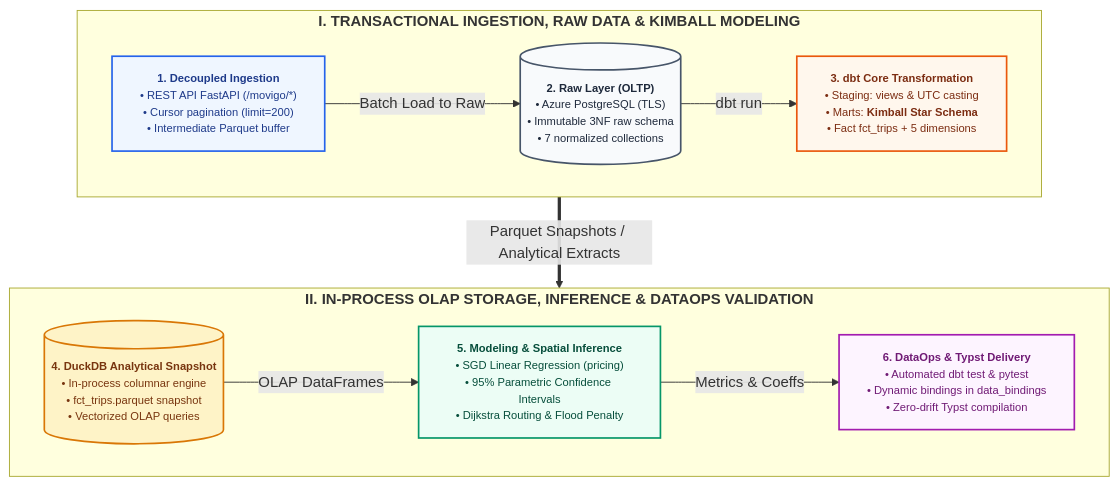
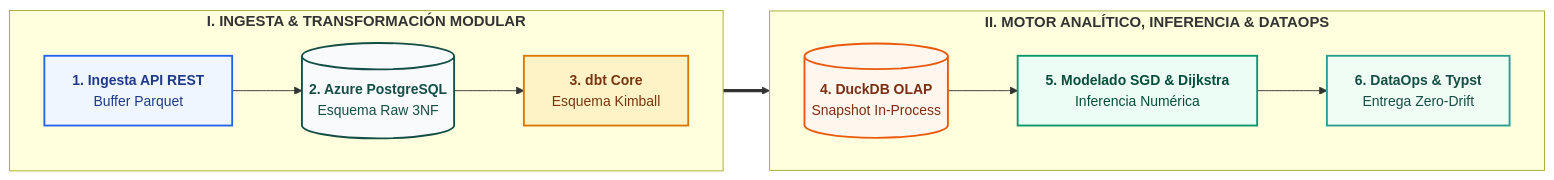
The diagram in typst/diagrams/pipeline_architecture.mmd (vect-maker/movigo-analytics), drawn with Mermaid before and after one commit. The commit also changed 34 other files, not shown here.

```diff
--- a/typst/diagrams/pipeline_architecture.mmd
+++ b/typst/diagrams/pipeline_architecture.mmd
@@ -1,63 +1,37 @@
 %% Diagrama Arquitectónico del Pipeline de Datos ELT y DataOps - MoviGo
-flowchart TD
+flowchart LR
     %% =========================================================================
     %% ESTILOS VISUALES Y CLASES
     %% =========================================================================
-    classDef default fill:#F8FAFC,stroke:#334155,stroke-width:1.5px,color:#0F172A,font-size:12px;
-    classDef p1 fill:#EFF6FF,stroke:#2563EB,stroke-width:1.8px,color:#1E3A8A;
-    classDef p2 fill:#F8FAFC,stroke:#475569,stroke-width:1.8px,color:#1E293B;
-    classDef p3 fill:#FFF7ED,stroke:#EA580C,stroke-width:1.8px,color:#7C2D12;
-    classDef p4 fill:#FEF3C7,stroke:#D97706,stroke-width:1.8px,color:#78350F;
-    classDef p5 fill:#ECFDF5,stroke:#059669,stroke-width:1.8px,color:#064E3B;
-    classDef p6 fill:#FDF4FF,stroke:#A21CAF,stroke-width:1.8px,color:#701A75;
+    classDef default fill:#F8FAFC,stroke:#334155,stroke-width:1.8px,color:#0F172A,font-size:15px;
+    classDef p1 fill:#EFF6FF,stroke:#2563EB,stroke-width:2px,color:#1E3A8A,font-size:15px;
+    classDef p2 fill:#F8FAFC,stroke:#144E45,stroke-width:2px,color:#144E45,font-size:15px;
+    classDef p3 fill:#FEF3C7,stroke:#D97706,stroke-width:2px,color:#78350F,font-size:15px;
+    classDef p4 fill:#FFF7ED,stroke:#EA580C,stroke-width:2px,color:#7C2D12,font-size:15px;
+    classDef p5 fill:#ECFDF5,stroke:#059669,stroke-width:2px,color:#064E3B,font-size:15px;
+    classDef p6 fill:#F0FDF4,stroke:#2A9D8F,stroke-width:2px,color:#144E45,font-size:15px;
 
     %% =========================================================================
-    %% FILA 1: INGESTION, RAW DATA & KIMBALL MODELING
+    %% BLOQUE I: INGESTA, ALMACÉN Y MODELADO KIMBALL
     %% =========================================================================
-    subgraph S1 ["<b>I. TRANSACTIONAL INGESTION, RAW DATA & KIMBALL MODELING</b>"]
+    subgraph S1 ["<b style='font-size:16px;'>I. INGESTA & TRANSFORMACIÓN MODULAR</b>"]
         direction LR
-        P1["`**1. Decoupled Ingestion**
-        • REST API FastAPI (/movigo/*)
-        • Cursor pagination (limit=200)
-        • Intermediate Parquet buffer`"]:::p1
-
-        P2[("`**2. Raw Layer (OLTP)**
-        • Azure PostgreSQL (TLS)
-        • Immutable 3NF raw schema
-        • 7 normalized collections`")]:::p2
-
-        P3["`**3. dbt Core Transformation**
-        • Staging: views & UTC casting
-        • Marts: **Kimball Star Schema**
-        • Fact fct_trips + 5 dimensions`"]:::p3
-
-        P1 -->|Batch Load to Raw| P2
-        P2 -->|dbt run| P3
+        P1["<b>1. Ingesta API REST</b><br/>Buffer Parquet"]:::p1
+        P2[("<b>2. Azure PostgreSQL</b><br/>Esquema Raw 3NF")]:::p2
+        P3["<b>3. dbt Core</b><br/>Esquema Kimball"]:::p3
+        P1 --> P2 --> P3
     end
 
     %% =========================================================================
-    %% FILA 2: ANALYTICAL STORAGE, INFERENCE & DATAOPS
+    %% BLOQUE II: MOTOR ANALÍTICO, INFERENCIA & DATAOPS
     %% =========================================================================
-    subgraph S2 ["<b>II. IN-PROCESS OLAP STORAGE, INFERENCE & DATAOPS VALIDATION</b>"]
+    subgraph S2 ["<b style='font-size:16px;'>II. MOTOR ANALÍTICO, INFERENCIA & DATAOPS</b>"]
         direction LR
-        P4[("`**4. DuckDB Analytical Snapshot**
-        • In-process columnar engine
-        • fct_trips.parquet snapshot
-        • Vectorized OLAP queries`")]:::p4
-
-        P5["`**5. Modeling & Spatial Inference**
-        • SGD Linear Regression (pricing)
-        • 95% Parametric Confidence Intervals
-        • Dijkstra Routing & Flood Penalty`"]:::p5
-
-        P6["`**6. DataOps & Typst Delivery**
-        • Automated dbt test & pytest
-        • Dynamic bindings in data_bindings
-        • Zero-drift Typst compilation`"]:::p6
-
-        P4 -->|OLAP DataFrames| P5
-        P5 -->|Metrics & Coeffs| P6
+        P4[("<b>4. DuckDB OLAP</b><br/>Snapshot In-Process")]:::p4
+        P5["<b>5. Modelado SGD & Dijkstra</b><br/>Inferencia Numérica"]:::p5
+        P6["<b>6. DataOps & Typst</b><br/>Entrega Zero-Drift"]:::p6
+        P4 --> P5 --> P6
     end
 
-    %% Conexión inter-bloque
-    S1 ==>|Parquet Snapshots / Analytical Extracts| S2
+    %% CONEXIÓN INTER-BLOQUE
+    S1 ==> S2
```
